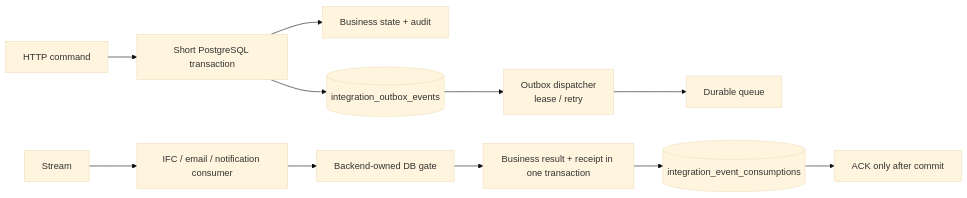
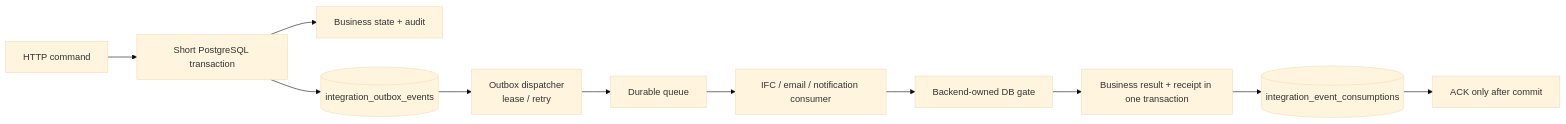
The third of 3 diagrams in docs/backend-architecture.md (Capstone-FA26SE186-Fire3D/BE), drawn with Mermaid (base theme) before and after one commit. The commit also changed other lines of this file and 10 other files, not shown here.

````diff
--- a/docs/backend-architecture.md
+++ b/docs/backend-architecture.md
@@ -78,13 +88,13 @@
 ```mermaid
 flowchart LR
     Command[HTTP command] --> Tx[Short PostgreSQL transaction]
     Tx --> Aggregate[Business state + audit]
     Tx --> Outbox[(integration_outbox_events)]
     Outbox --> Dispatcher[Outbox dispatcher\nlease / retry]
     Dispatcher --> Queue[Durable queue]
-    Stream --> Consumer[IFC / email / notification consumer]
+    Queue --> Consumer[IFC / email / notification consumer]
     Consumer --> Gate[Backend-owned DB gate]
     Gate --> Effect[Business result + receipt in one transaction]
     Effect --> Receipt[(integration_event_consumptions)]
     Receipt --> Ack[ACK only after commit]
 ```
````
